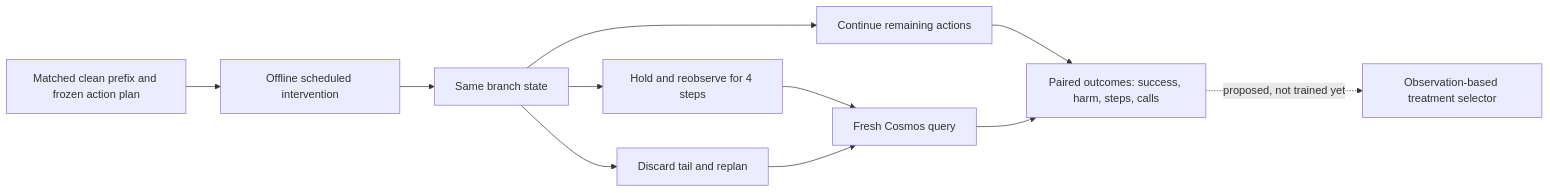
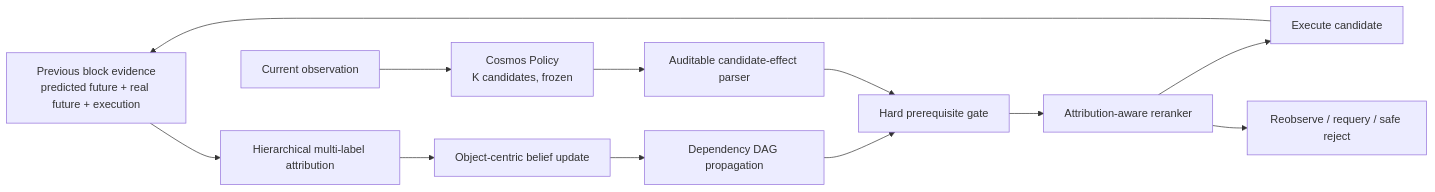
The diagram in README.md (scy040320/wam_project), drawn with Mermaid before and after one commit. The commit also changed other lines of this file and 71 other files, not shown here.

Commit message:
Rebuild repository for belief-constrained candidate reranking

````diff
--- a/README.md
+++ b/README.md
@@ -11,13 +9,14 @@
 ```mermaid
 flowchart LR
-    A[Matched clean prefix and frozen action plan] --> B[Offline scheduled intervention]
-    B --> C[Same branch state]
-    C --> D[Continue remaining actions]
-    C --> E[Hold and reobserve for 4 steps]
-    C --> F[Discard tail and replan]
-    E --> G[Fresh Cosmos query]
-    F --> G
-    D --> H[Paired outcomes: success, harm, steps, calls]
-    G --> H
-    H -. proposed, not trained yet .-> I[Observation-based treatment selector]
+    E[Previous block evidence<br/>predicted future + real future + execution] --> A[Hierarchical multi-label attribution]
+    A --> B[Object-centric belief update]
+    B --> G[Dependency DAG propagation]
+    O[Current observation] --> C[Cosmos Policy<br/>K candidates, frozen]
+    C --> P[Auditable candidate-effect parser]
+    G --> H[Hard prerequisite gate]
+    P --> H
+    H --> R[Attribution-aware reranker]
+    R --> X[Execute candidate]
+    R --> F[Reobserve / requery / safe reject]
+    X --> E
 ```
````
